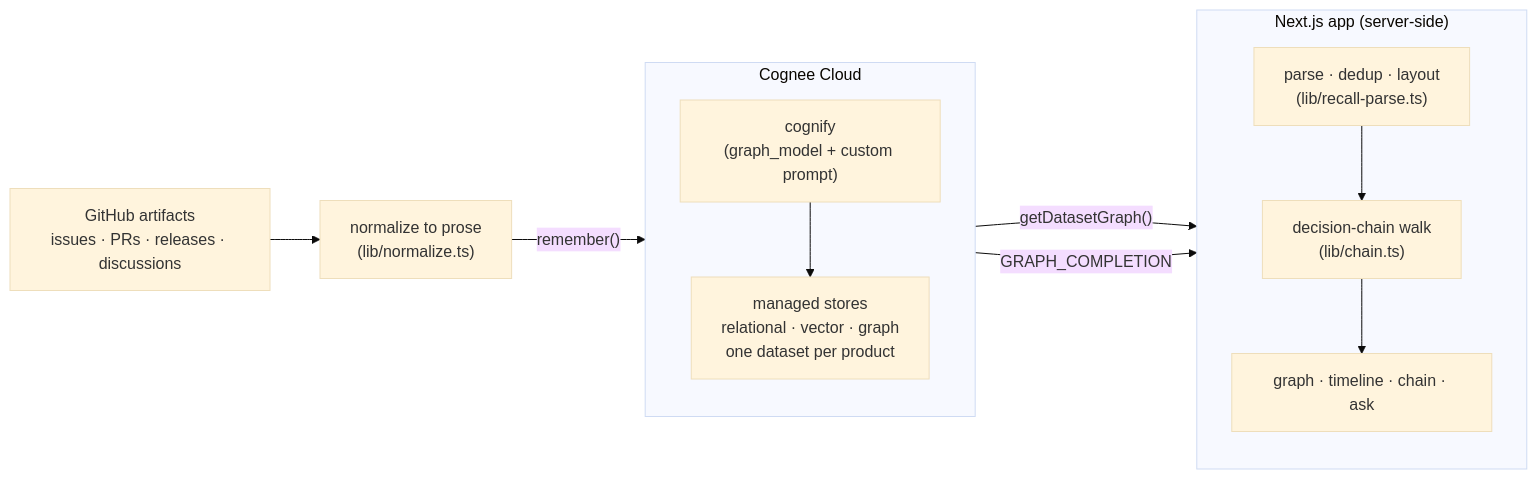
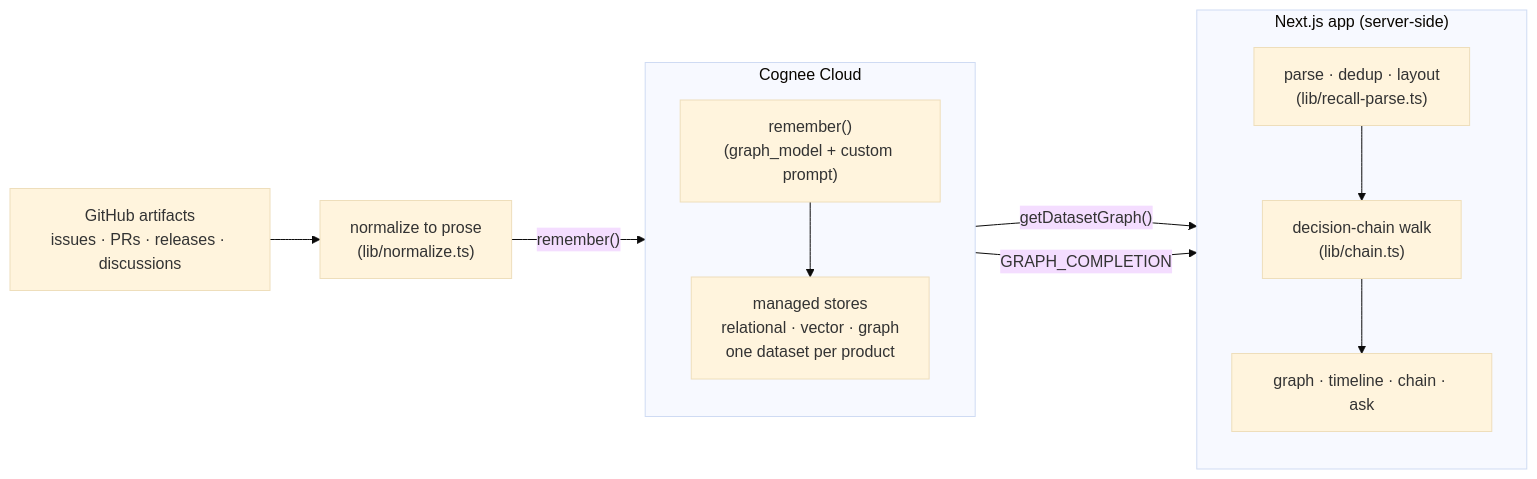
Before and after one commit to harshithasompura/deconstructed-cognee: the diagram in README.md, drawn with Mermaid (base theme). The commit also changed other lines of this file and 19 other files, not shown here.

````diff
--- a/README.md
+++ b/README.md
@@ -42,24 +48,24 @@
 ```mermaid
 flowchart LR
   gh["GitHub artifacts<br/>issues · PRs · releases · discussions"]
   norm["normalize to prose<br/>(lib/normalize.ts)"]
 
   subgraph cloud["Cognee Cloud"]
     direction TB
-    cognify["cognify<br/>(graph_model + custom prompt)"]
+    extract["remember()<br/>(graph_model + custom prompt)"]
     stores["managed stores<br/>relational · vector · graph<br/>one dataset per product"]
-    cognify --> stores
+    extract --> stores
   end
 
   subgraph app["Next.js app (server-side)"]
     direction TB
     parse["parse · dedup · layout<br/>(lib/recall-parse.ts)"]
     chain["decision-chain walk<br/>(lib/chain.ts)"]
     views["graph · timeline · chain · ask"]
     parse --> chain --> views
   end
 
-  gh --> norm -->|"remember()"| cognify
+  gh --> norm -->|"remember()"| extract
   stores -->|"getDatasetGraph()"| parse
   stores -->|"GRAPH_COMPLETION"| views
 ```
````
